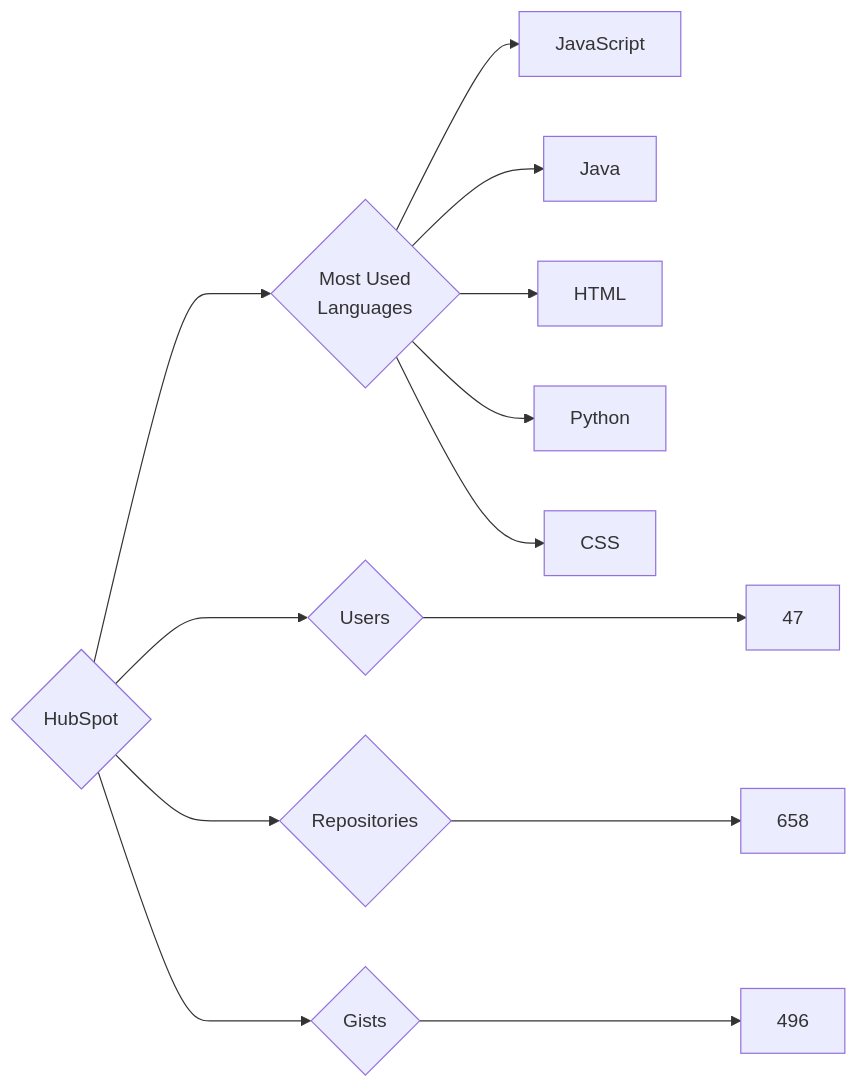
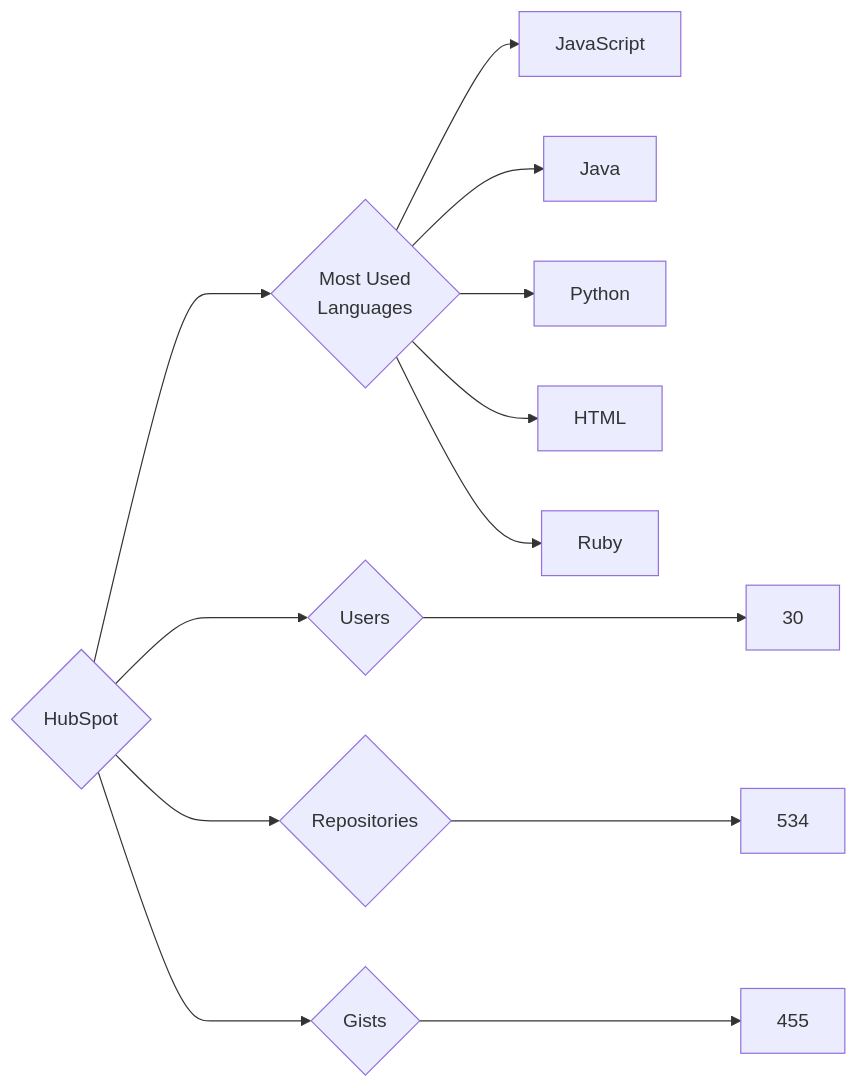
One commit to trickest/insiders changed the diagram in targets/HubSpot/README.md. Above: the diagram before and after it, drawn with Mermaid. The commit also changed 688 other files, not shown here.

````diff
--- a/targets/HubSpot/README.md
+++ b/targets/HubSpot/README.md
@@ -3,13 +3,13 @@
 ```mermaid
 graph LR
 COMPANY_NAME{HubSpot}
-COMPANY_NAME ---> U{Users} ---> UN[47]
-COMPANY_NAME ---> R{Repositories} ---> RN[658]
-COMPANY_NAME ---> G{Gists} ---> GN[496]
+COMPANY_NAME ---> U{Users} ---> UN[30]
+COMPANY_NAME ---> R{Repositories} ---> RN[534]
+COMPANY_NAME ---> G{Gists} ---> GN[455]
 COMPANY_NAME ---> ML{Most Used<br>Languages}
 ML --> JavaScript[JavaScript]
 ML --> Java[Java]
+ML --> Python[Python]
 ML --> HTML[HTML]
-ML --> Python[Python]
-ML --> CSS[CSS]
+ML --> Ruby[Ruby]
 ```
````
